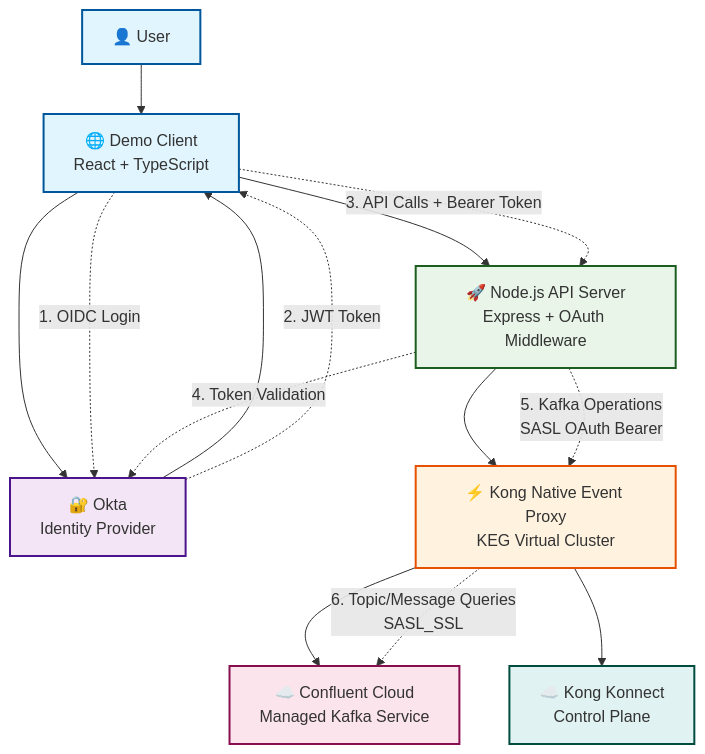
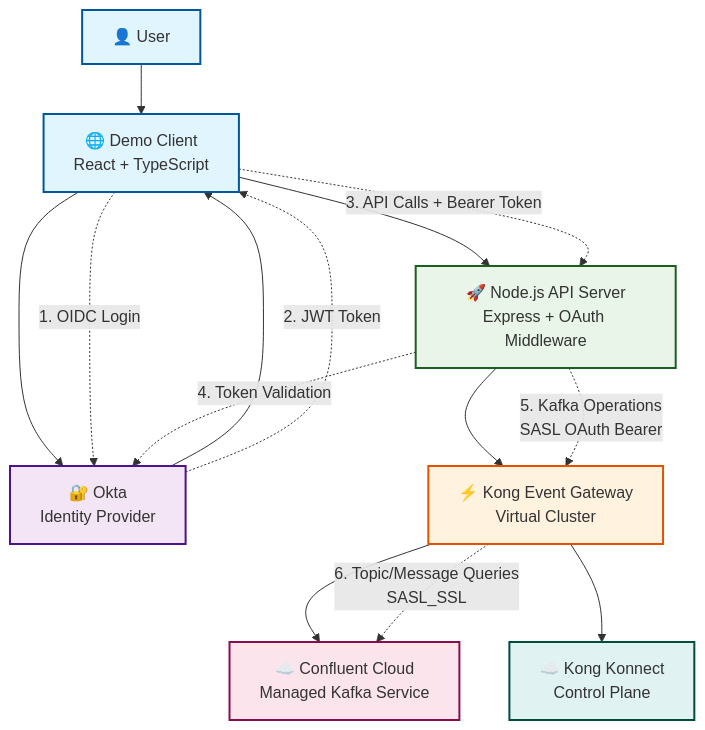
The first of 5 diagrams in README.md (hguerrero/kong-event-gw-okta-demo), drawn with Mermaid before and after one commit. The commit also changed other lines of this file and 16 other files, not shown here.

````diff
--- a/README.md
+++ b/README.md
@@ -18,44 +18,44 @@
 ```mermaid
 graph TB
     %% User and Client Layer
     User[👤 User] --> DemoClient[🌐 Demo Client<br/>React + TypeScript]
 
     %% Authentication Flow
     DemoClient --> Okta[🔐 Okta<br/>Identity Provider]
     Okta --> DemoClient
 
     %% API Gateway Layer
     DemoClient --> APIServer[🚀 Node.js API Server<br/>Express + OAuth Middleware]
 
-    %% Kong Native Event Proxy Layer
-    APIServer --> KEG[⚡ Kong Native Event Proxy<br/>KEG Virtual Cluster]
+    %% Kong Event Gateway Layer
+    APIServer --> KEG[⚡ Kong Event Gateway<br/>Virtual Cluster]
 
     %% Confluent Cloud
     KEG --> ConfluentCloud[☁️ Confluent Cloud<br/>Managed Kafka Service]
 
     %% Kong Konnect Management
     KEG --> KongKonnect[☁️ Kong Konnect<br/>Control Plane]
 
     %% Data Flow Annotations
     DemoClient -.->|"1. OIDC Login"| Okta
     Okta -.->|"2. JWT Token"| DemoClient
     DemoClient -.->|"3. API Calls + Bearer Token"| APIServer
     APIServer -.->|"4. Token Validation"| Okta
     APIServer -.->|"5. Kafka Operations<br/>SASL OAuth Bearer"| KEG
     KEG -.->|"6. Topic/Message Queries<br/>SASL_SSL"| ConfluentCloud
 
     %% Styling
     classDef userLayer fill:#e1f5fe,stroke:#01579b,stroke-width:2px
     classDef authLayer fill:#f3e5f5,stroke:#4a148c,stroke-width:2px
     classDef appLayer fill:#e8f5e8,stroke:#1b5e20,stroke-width:2px
     classDef proxyLayer fill:#fff3e0,stroke:#e65100,stroke-width:2px
     classDef cloudLayer fill:#fce4ec,stroke:#880e4f,stroke-width:2px
     classDef mgmtLayer fill:#e0f2f1,stroke:#004d40,stroke-width:2px
 
     class User,DemoClient userLayer
     class Okta authLayer
     class APIServer appLayer
     class KEG proxyLayer
     class ConfluentCloud cloudLayer
     class KongKonnect mgmtLayer
 ```
````
